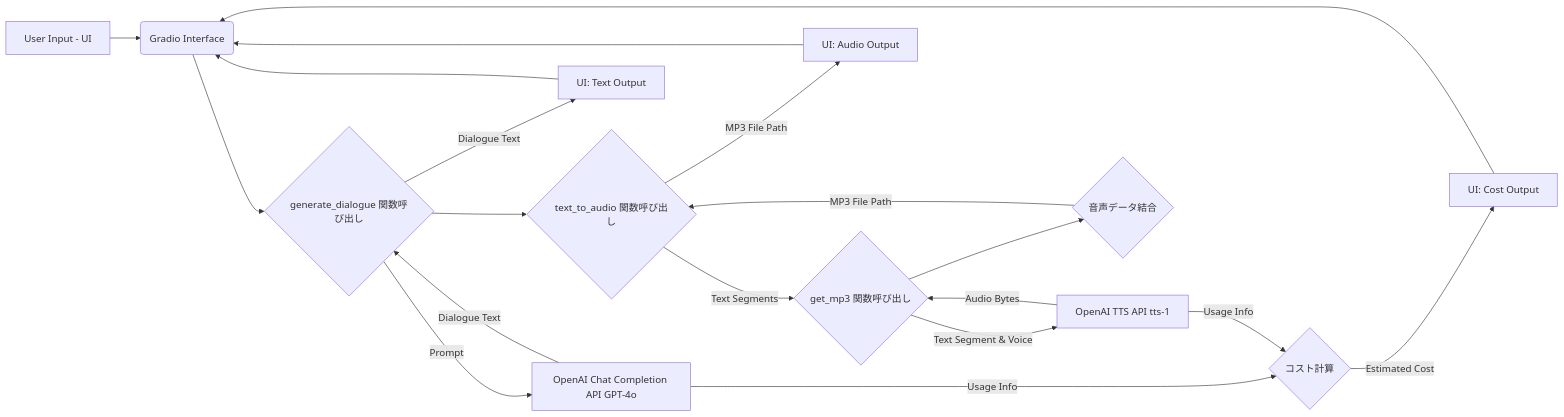
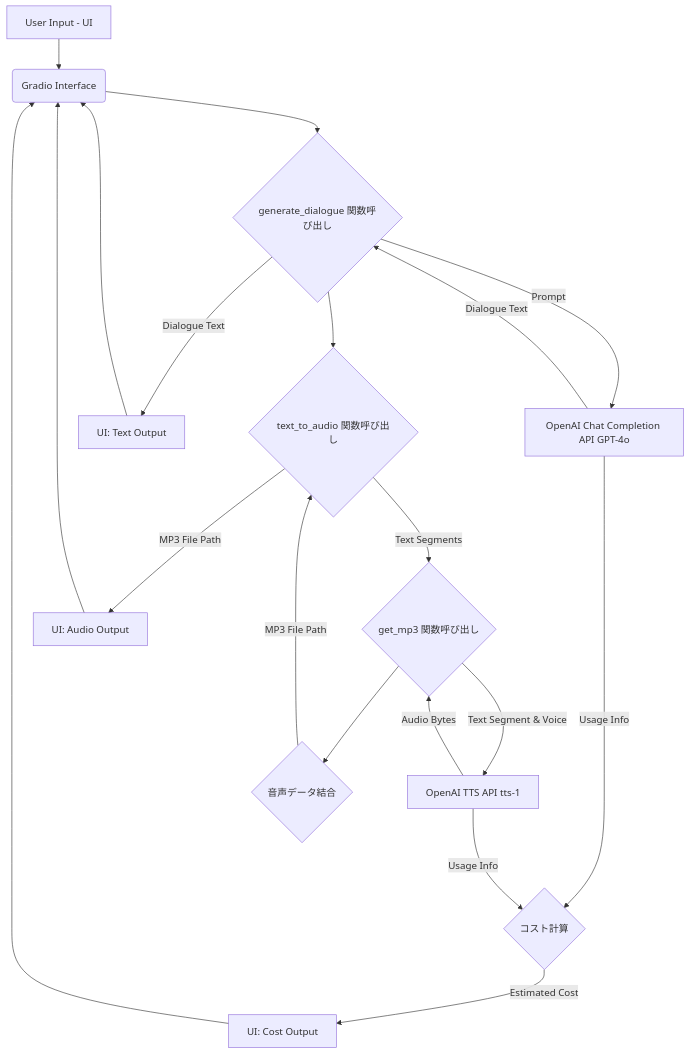
Before and after one commit to rynskrmt/Articles: the diagram in articles/cefr-english-podcast-generator.md, drawn with Mermaid.

Commit message:
fix: mermaid記法で書いた図をTBに変更

````diff
--- a/articles/cefr-english-podcast-generator.md
+++ b/articles/cefr-english-podcast-generator.md
@@ -56,18 +56,18 @@
 ```mermaid
-graph LR
+graph TB
     A[User Input - UI] --> B(Gradio Interface);
     B --> C{generate_dialogue 関数呼び出し};
     C -- Prompt --> D[OpenAI Chat Completion API GPT-4o];
     D -- Dialogue Text --> C;
     C --> E{text_to_audio 関数呼び出し};
     E -- Text Segments --> F{get_mp3 関数呼び出し};
     F -- Text Segment & Voice --> G[OpenAI TTS API tts-1];
     G -- Audio Bytes --> F;
     F --> H{音声データ結合};
     H -- MP3 File Path --> E;
     C -- Dialogue Text --> I[UI: Text Output];
     E -- MP3 File Path --> J[UI: Audio Output];
     D & G -- Usage Info --> K{コスト計算};
     K -- Estimated Cost --> L[UI: Cost Output];
     I & J & L --> B;
 ```
````
